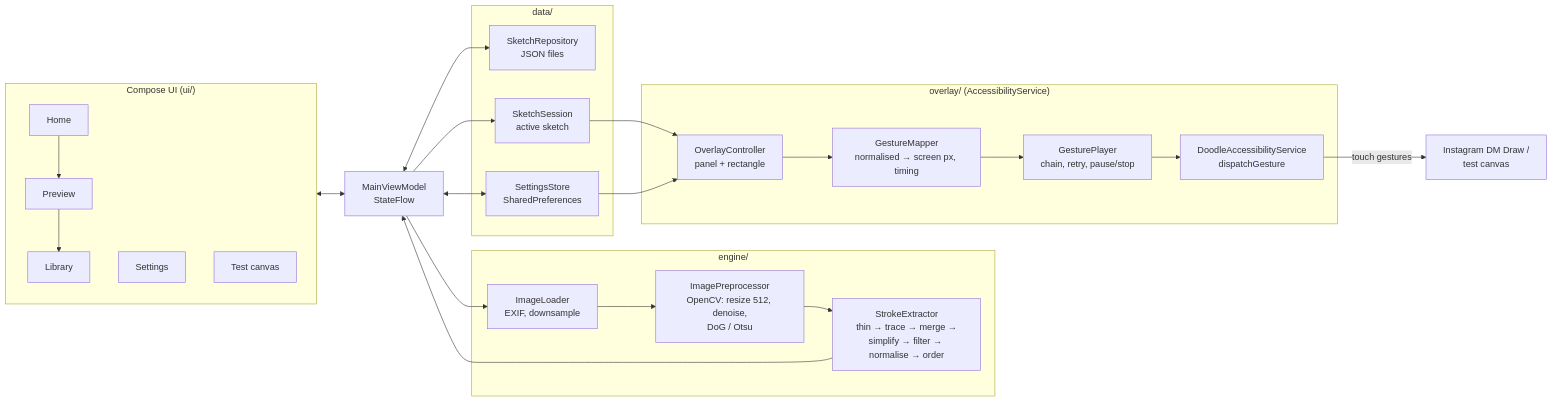
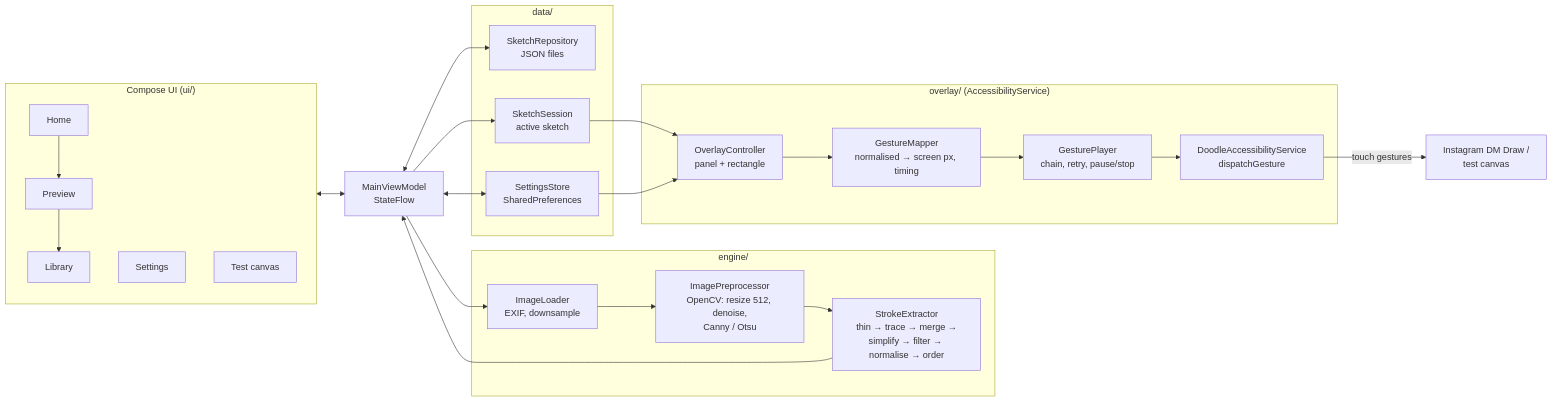
Before and after one commit to KryptoniaN10/InstaDoodle: the diagram in README.md, drawn with Mermaid. The commit also changed 13 other files, not shown here.

````diff
--- a/README.md
+++ b/README.md
@@ -44,33 +44,33 @@
 ```mermaid
 flowchart LR
     subgraph UI["Compose UI (ui/)"]
         Home --> Preview
         Preview --> Library
         Settings
         TestCanvas[Test canvas]
     end
     VM[MainViewModel<br/>StateFlow]
     subgraph Engine["engine/"]
-        Loader[ImageLoader<br/>EXIF, downsample] --> Pre[ImagePreprocessor<br/>OpenCV: resize 512, denoise,<br/>DoG / Otsu]
+        Loader[ImageLoader<br/>EXIF, downsample] --> Pre[ImagePreprocessor<br/>OpenCV: resize 512, denoise,<br/>Canny / Otsu]
         Pre --> Extract[StrokeExtractor<br/>thin → trace → merge →<br/>simplify → filter → normalise → order]
     end
     subgraph Data["data/"]
         Repo[SketchRepository<br/>JSON files]
         Store[SettingsStore<br/>SharedPreferences]
         Session[SketchSession<br/>active sketch]
     end
     subgraph Overlay["overlay/ (AccessibilityService)"]
         Ctrl[OverlayController<br/>panel + rectangle] --> Mapper[GestureMapper<br/>normalised → screen px, timing]
         Mapper --> Player[GesturePlayer<br/>chain, retry, pause/stop]
         Player --> Svc[DoodleAccessibilityService<br/>dispatchGesture]
     end
     UI <--> VM
     VM --> Loader
     Extract --> VM
     VM <--> Repo
     VM <--> Store
     VM --> Session
     Session --> Ctrl
     Store --> Ctrl
     Svc -->|touch gestures| Target[Instagram DM Draw /<br/>test canvas]
 ```
````
